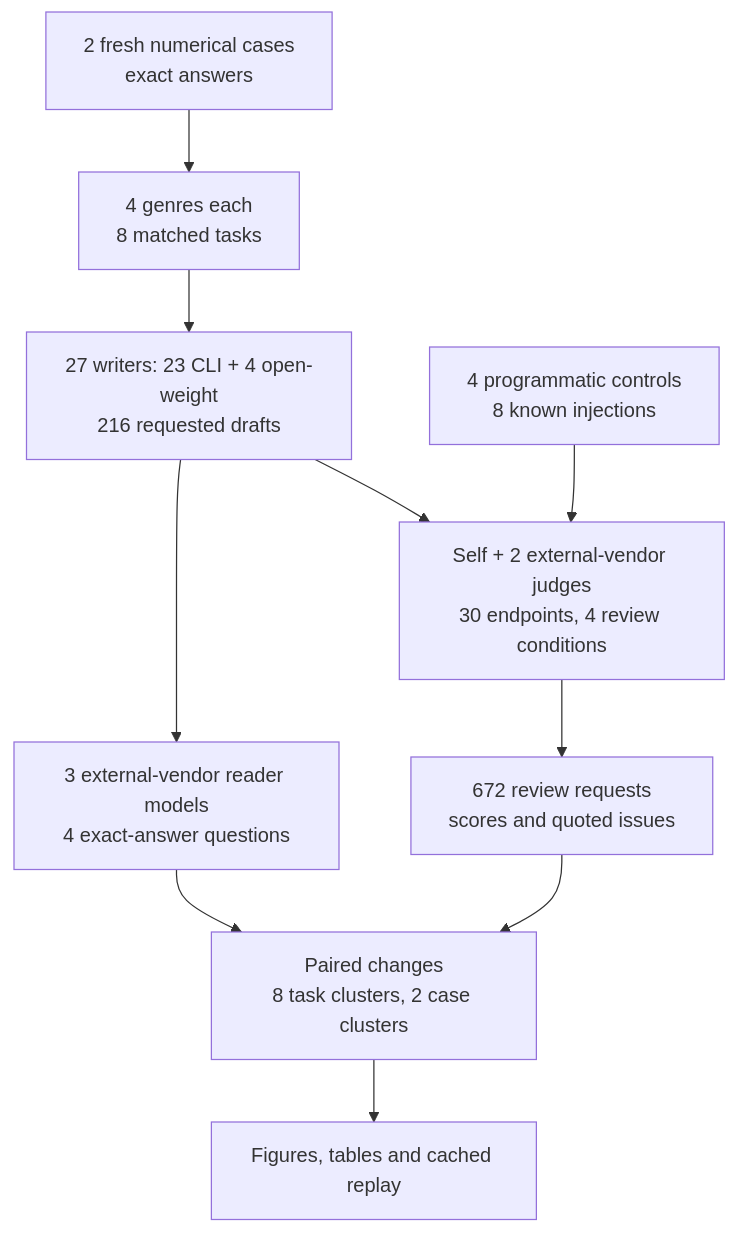
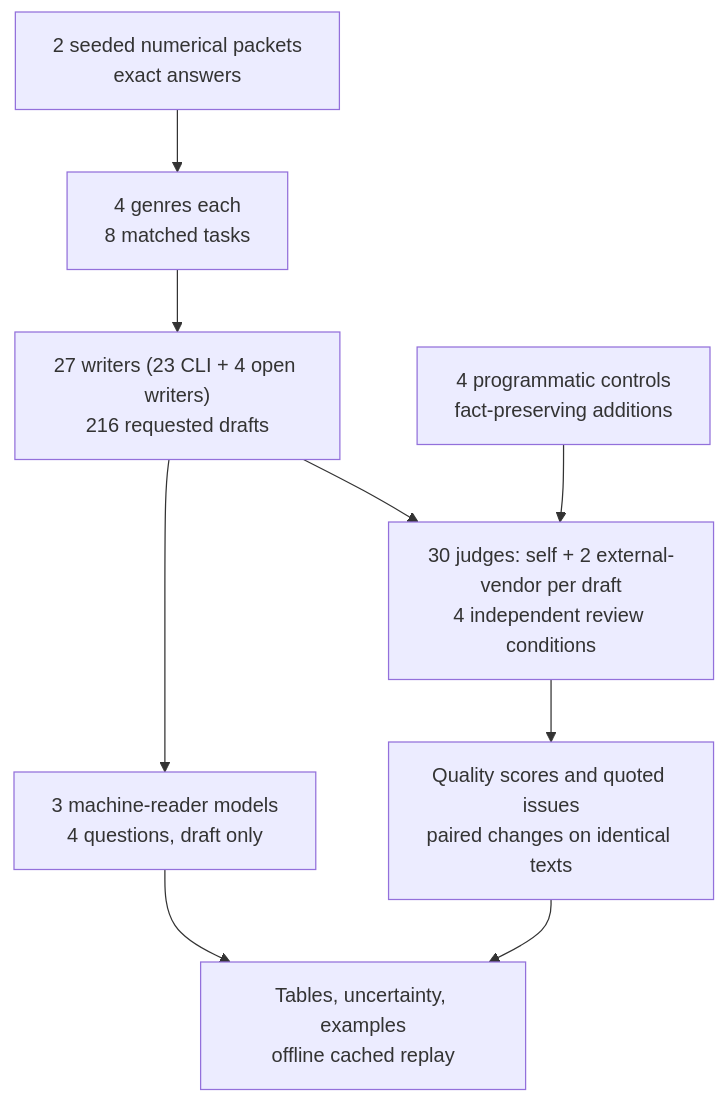
The first of 2 diagrams in notebooks/15-analytical-writing-style/README.md (k-sandhu/experiment-notebooks), drawn with Mermaid before and after one commit. The commit also changed other lines of this file and 2 other files, not shown here.

Commit message:
Expand notebook 15 writing guide with actual examples

````diff
--- a/notebooks/15-analytical-writing-style/README.md
+++ b/notebooks/15-analytical-writing-style/README.md
@@ -26,12 +50,11 @@
 ```mermaid
 flowchart TD
- A["2 fresh numerical cases<br/>exact answers"] --> B["4 genres each<br/>8 matched tasks"]
- B --> C["27 writers: 23 CLI + 4 open-weight<br/>216 requested drafts"]
- C --> D["Self + 2 external-vendor judges<br/>30 endpoints, 4 review conditions"]
- D --> E["672 review requests<br/>scores and quoted issues"]
- C --> F["3 external-vendor reader models<br/>4 exact-answer questions"]
- G["4 programmatic controls<br/>8 known injections"] --> D
- E --> H["Paired changes<br/>8 task clusters, 2 case clusters"]
+ A["2 seeded numerical packets<br/>exact answers"] --> B["4 genres each<br/>8 matched tasks"]
+ B --> C["27 writers (23 CLI + 4 open writers)<br/>216 requested drafts"]
+ C --> D["30 judges: self + 2 external-vendor per draft<br/>4 independent review conditions"]
+ D --> E["Quality scores and quoted issues<br/>paired changes on identical texts"]
+ C --> F["3 machine-reader models<br/>4 questions, draft only"]
+ G["4 programmatic controls<br/>fact-preserving additions"] --> D
+ E --> H["Tables, uncertainty, examples<br/>offline cached replay"]
  F --> H
- H --> I["Figures, tables and cached replay"]
 ```
````
